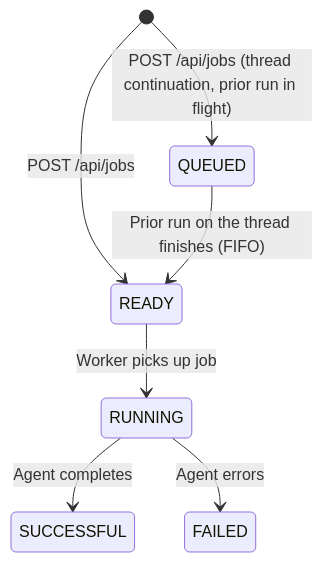
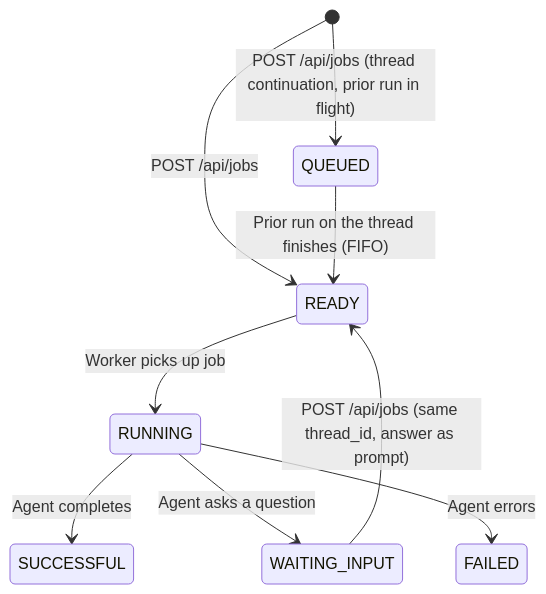
One commit to srtab/daiv changed the diagram in docs/features/jobs-api.md. Above: the diagram before and after it, drawn with Mermaid. The commit also changed other lines of this file and 9 other files, not shown here.

````diff
--- a/docs/features/jobs-api.md
+++ b/docs/features/jobs-api.md
@@ -172,9 +190,11 @@
 ```mermaid
 stateDiagram-v2
     [*] --> READY: POST /api/jobs
     [*] --> QUEUED: POST /api/jobs (thread continuation, prior run in flight)
     QUEUED --> READY: Prior run on the thread finishes (FIFO)
     READY --> RUNNING: Worker picks up job
     RUNNING --> SUCCESSFUL: Agent completes
+    RUNNING --> WAITING_INPUT: Agent asks a question
     RUNNING --> FAILED: Agent errors
+    WAITING_INPUT --> READY: POST /api/jobs (same thread_id, answer as prompt)
 ```
````
